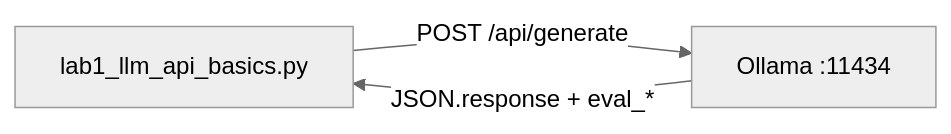
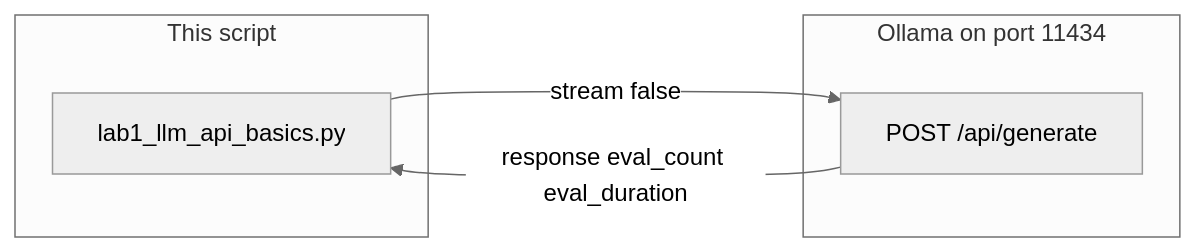
The diagram in education/01_the_call/lab1_llm_api_basics.md (jacobbweber/AgenticAI-Labs), drawn with Mermaid (neutral theme) before and after one commit. The commit also changed other lines of this file, not shown here.

Commit message:
Align 01 lab1 brief to the LAB template.

````diff
--- a/education/01_the_call/lab1_llm_api_basics.md
+++ b/education/01_the_call/lab1_llm_api_basics.md
@@ -29,5 +12,11 @@
 ```mermaid
 flowchart LR
-    A["lab1_llm_api_basics.py"] -->|"POST /api/generate"| B["Ollama :11434"]
-    B -->|"JSON.response + eval_*"| A
+    subgraph lab1_script [This script]
+        S["lab1_llm_api_basics.py"]
+    end
+    subgraph lab1_host [Ollama on port 11434]
+        H["POST /api/generate"]
+    end
+    S -->|"stream false"| H
+    H -->|"response eval_count eval_duration"| S
 ```
````
